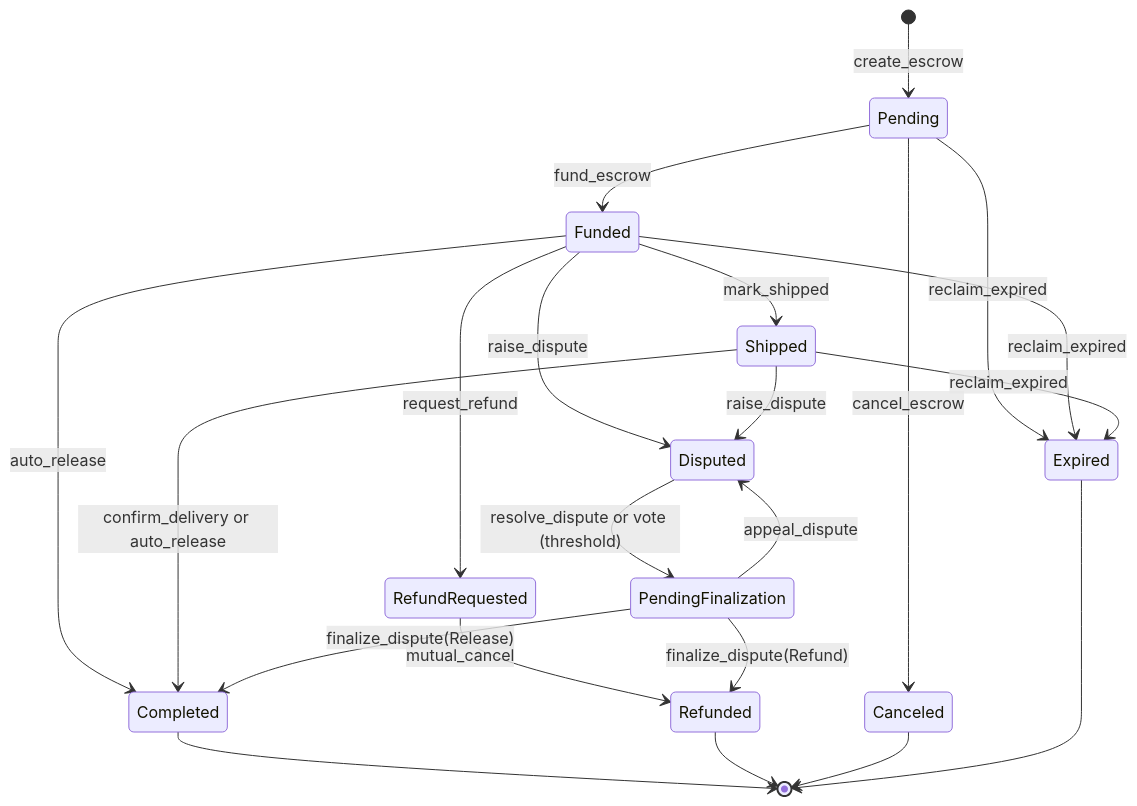
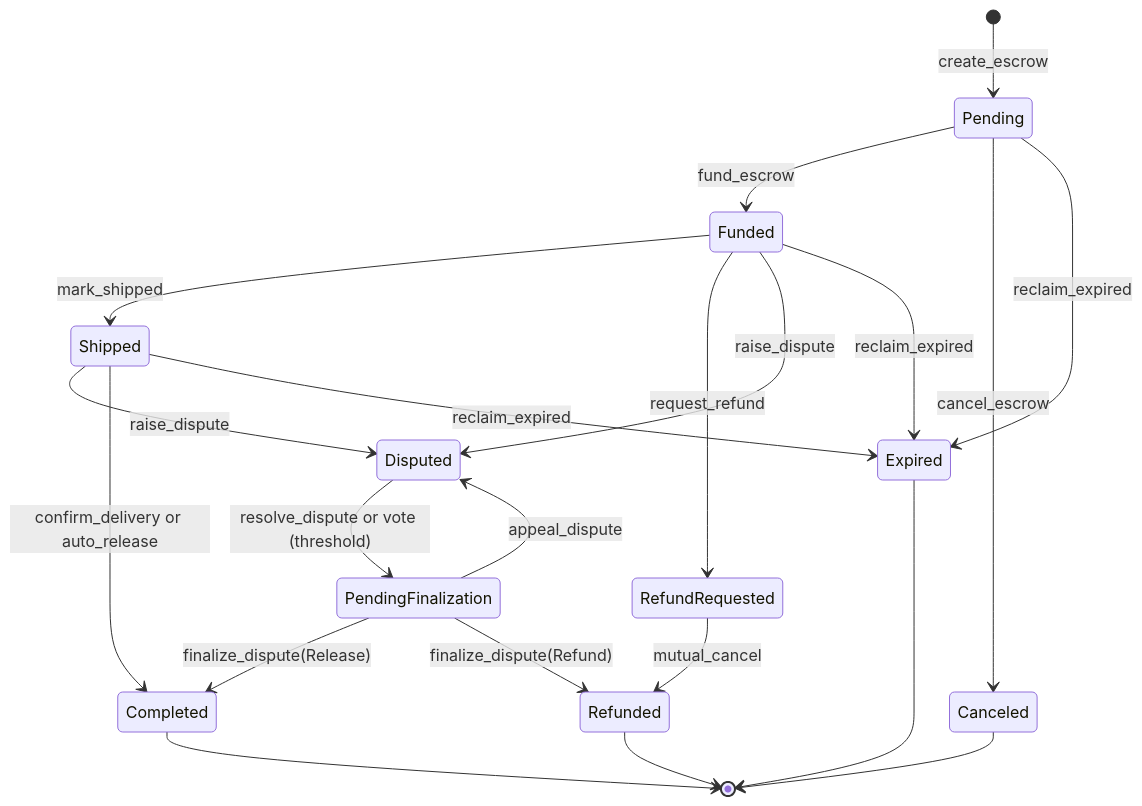
One commit to CodeMayor/trust-link-contract changed the diagram in docs/state-machine.md. Above: the diagram before and after it, drawn with Mermaid. The commit also changed other lines of this file and 12 other files, not shown here.

Commit message:
fix: require shipped state for auto-release

````diff
--- a/docs/state-machine.md
+++ b/docs/state-machine.md
@@ -23,31 +23,30 @@
 ```mermaid
 stateDiagram-v2
     [*] --> Pending: create_escrow
 
     Pending --> Funded: fund_escrow
     Pending --> Canceled: cancel_escrow
     Pending --> Expired: reclaim_expired
 
     Funded --> Shipped: mark_shipped
     Funded --> RefundRequested: request_refund
     Funded --> Disputed: raise_dispute
-    Funded --> Completed: auto_release
     Funded --> Expired: reclaim_expired
 
     RefundRequested --> Refunded: mutual_cancel
 
     Shipped --> Disputed: raise_dispute
     Shipped --> Completed: confirm_delivery or auto_release
     Shipped --> Expired: reclaim_expired
 
     Disputed --> PendingFinalization: resolve_dispute or vote (threshold)
 
     PendingFinalization --> Completed: finalize_dispute(Release)
     PendingFinalization --> Refunded: finalize_dispute(Refund)
     PendingFinalization --> Disputed: appeal_dispute
 
     Completed --> [*]
     Refunded --> [*]
     Canceled --> [*]
     Expired --> [*]
 ```
````
